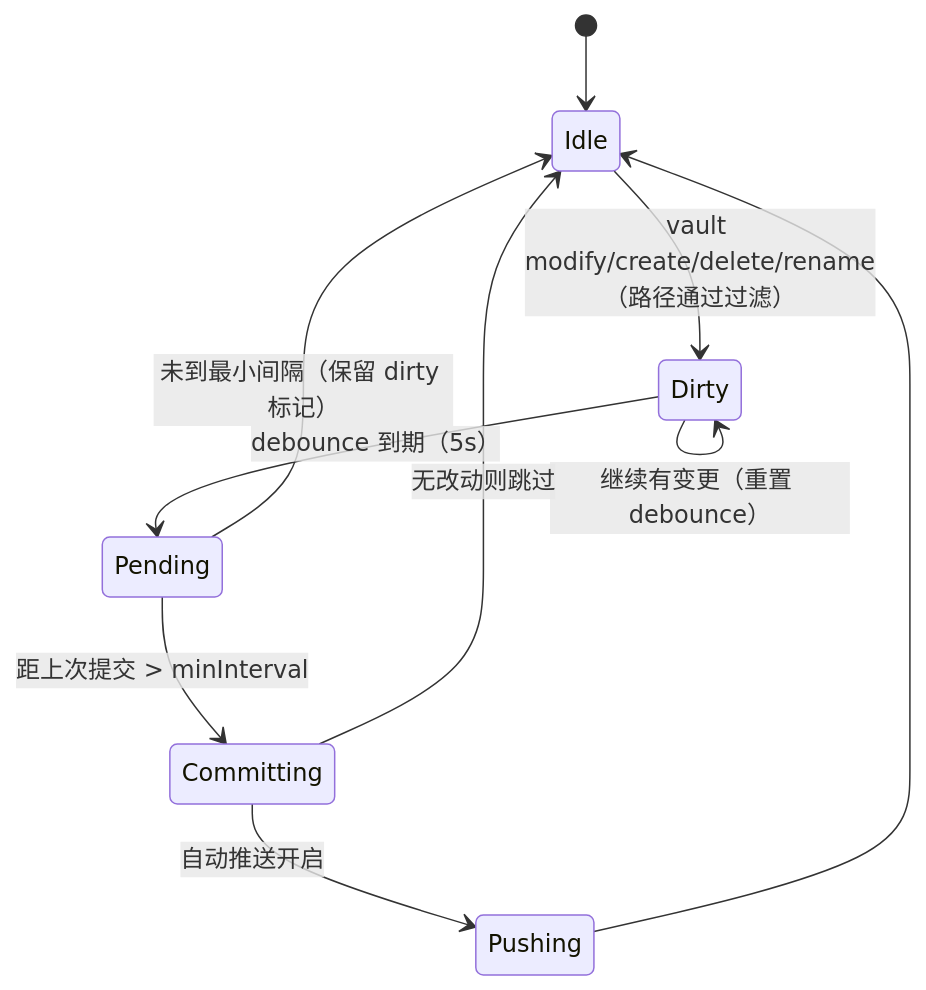
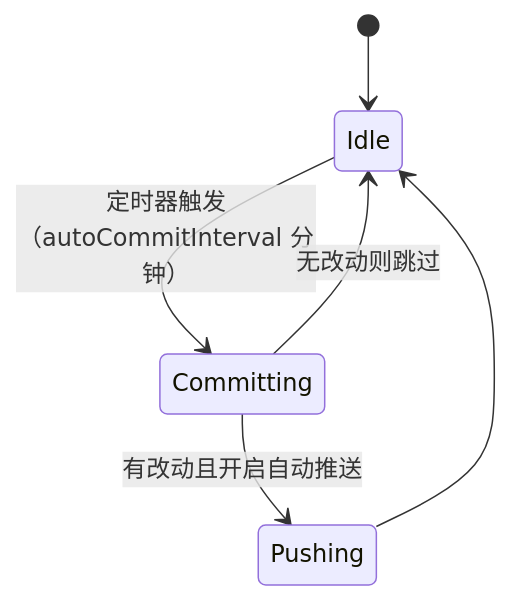
One commit to mffeiron-ai/Obsidian-Rion-git changed the second of 3 diagrams in PLUGIN-PLAN.md. Above: the diagram before and after it, drawn with Mermaid. The commit also changed other lines of this file and 9 other files, not shown here.

First line of the commit message:
feat: add sidebar panel and auto commit functionality

````diff
--- a/PLUGIN-PLAN.md
+++ b/PLUGIN-PLAN.md
@@ -284,12 +283,8 @@
 ```mermaid
 stateDiagram-v2
     [*] --> Idle
-    Idle --> Dirty: vault modify/create/delete/rename（路径通过过滤）
-    Dirty --> Dirty: 继续有变更（重置 debounce）
-    Dirty --> Pending: debounce 到期（5s）
-    Pending --> Committing: 距上次提交 > minInterval
-    Pending --> Idle: 未到最小间隔（保留 dirty 标记）
-    Committing --> Pushing: 自动推送开启
+    Idle --> Committing: 定时器触发（autoCommitInterval 分钟）
+    Committing --> Pushing: 有改动且开启自动推送
     Committing --> Idle: 无改动则跳过
     Pushing --> Idle
 ```
````
